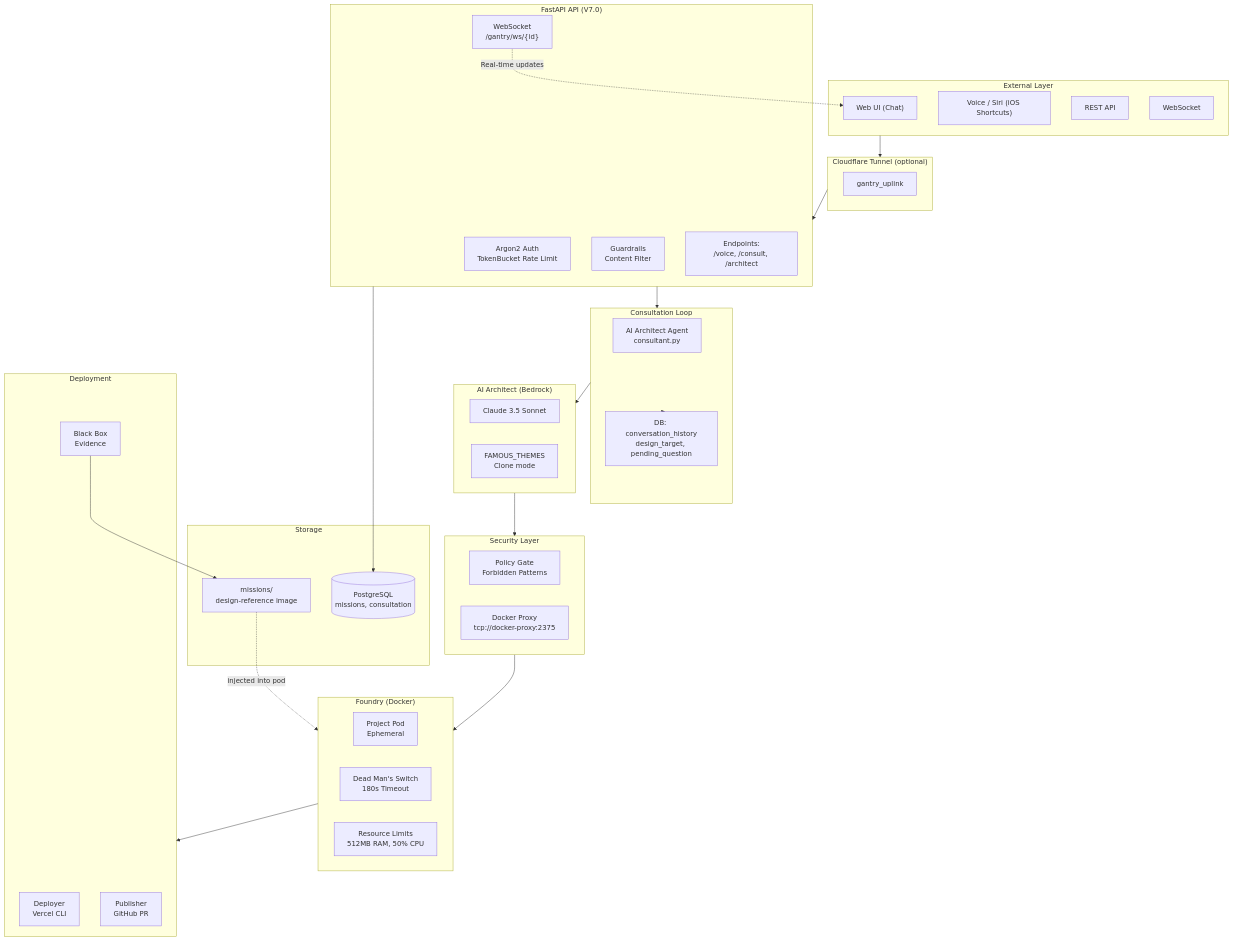
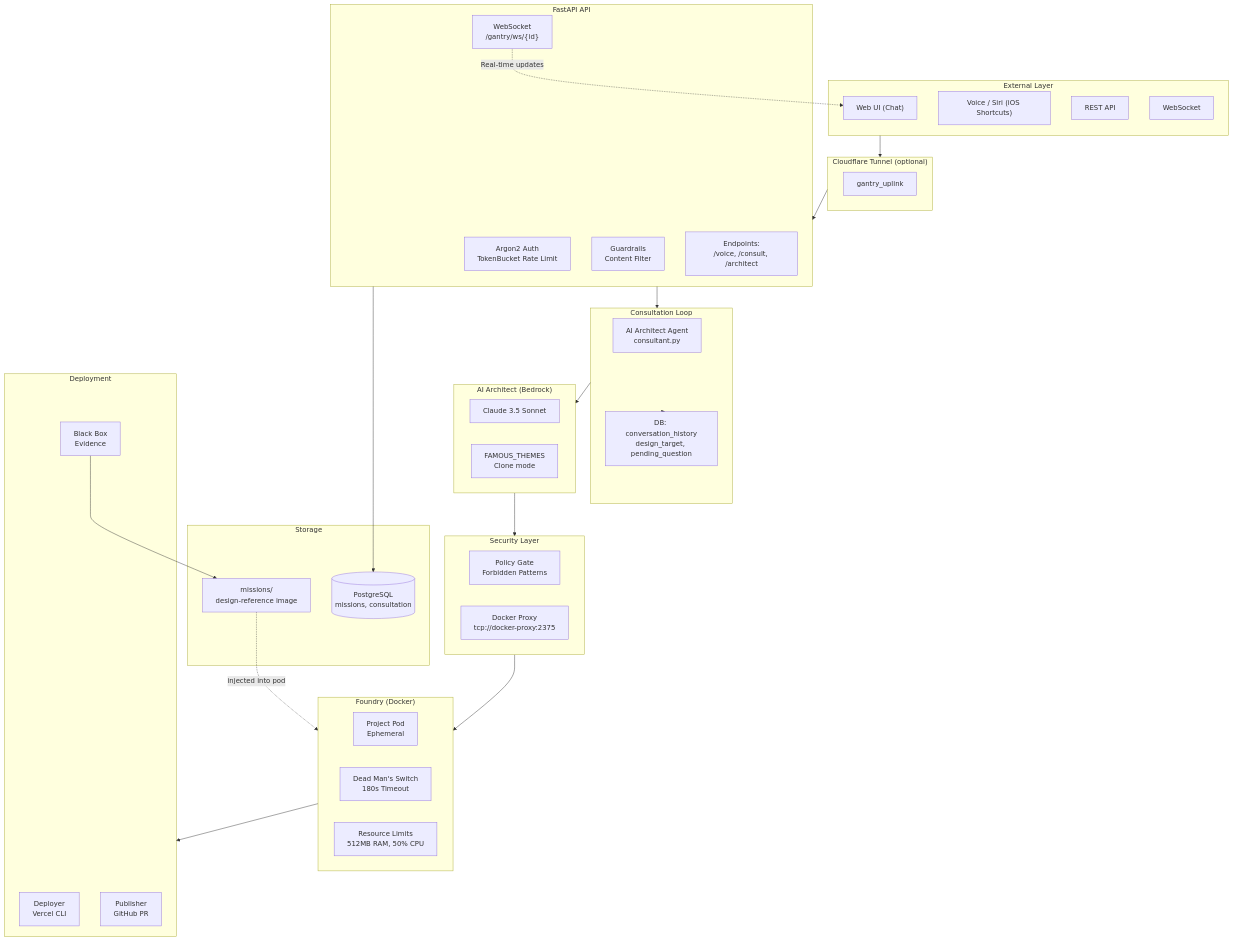
The first of 5 diagrams in ARCHITECTURE.md (Jarvis2021/gantry), drawn with Mermaid before and after one commit. The commit also changed other lines of this file and 9 other files, not shown here.

````diff
--- a/ARCHITECTURE.md
+++ b/ARCHITECTURE.md
@@ -36,64 +36,64 @@
 ```mermaid
 flowchart TB
     subgraph External["External Layer"]
         WebUI["Web UI (Chat)"]
         Voice["Voice / Siri (iOS Shortcuts)"]
         API["REST API"]
         WS["WebSocket"]
     end
 
     subgraph Tunnel["Cloudflare Tunnel (optional)"]
         Uplink["gantry_uplink"]
     end
 
-    subgraph FastAPI["FastAPI API (V7.0)"]
+    subgraph FastAPI["FastAPI API"]
         Auth["Argon2 Auth<br/>TokenBucket Rate Limit"]
         Guard["Guardrails<br/>Content Filter"]
         Endpoints["Endpoints:<br/>/voice, /consult, /architect"]
         WSEndpoint["WebSocket<br/>/gantry/ws/{id}"]
     end
 
     subgraph Consultation["Consultation Loop"]
         Consultant["AI Architect Agent<br/>consultant.py"]
         DB_Conv["DB: conversation_history<br/>design_target, pending_question"]
     end
 
     subgraph Brain["AI Architect (Bedrock)"]
         Claude["Claude 3.5 Sonnet"]
         Themes["FAMOUS_THEMES<br/>Clone mode"]
     end
 
     subgraph Security["Security Layer"]
         Policy["Policy Gate<br/>Forbidden Patterns"]
         Proxy["Docker Proxy<br/>tcp://docker-proxy:2375"]
     end
 
     subgraph Foundry["Foundry (Docker)"]
         Pod["Project Pod<br/>Ephemeral"]
         DMS["Dead Man's Switch<br/>180s Timeout"]
         Limits["Resource Limits<br/>512MB RAM, 50% CPU"]
     end
 
     subgraph Deploy["Deployment"]
         Vercel["Deployer<br/>Vercel CLI"]
         GitHub["Publisher<br/>GitHub PR"]
         BB["Black Box<br/>Evidence"]
     end
 
     subgraph Storage["Storage"]
         DB[(PostgreSQL<br/>missions, consultation)]
         Missions["missions/<br/>design-reference image"]
     end
 
     External --> Tunnel
     Tunnel --> FastAPI
     FastAPI --> Consultation
     WSEndpoint -.->|"Real-time updates"| WebUI
     Consultation --> DB_Conv
     Consultation --> Brain
     Brain --> Security --> Foundry
     Foundry --> Deploy
     FastAPI --> DB
     BB --> Missions
     Missions -.->|"injected into pod"| Foundry
 ```
````
